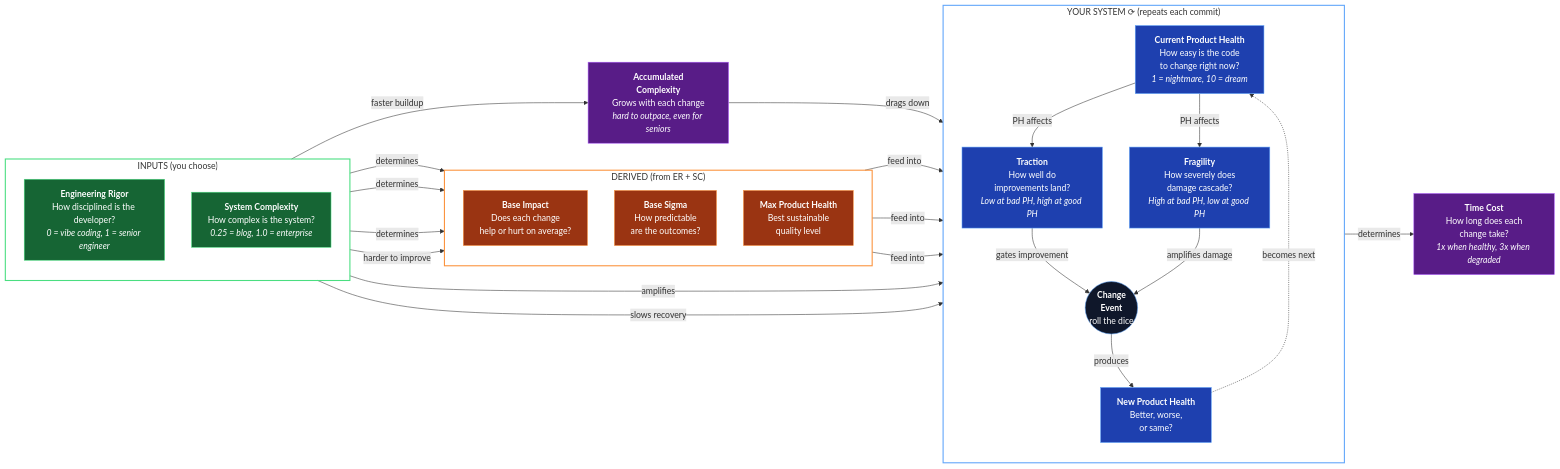
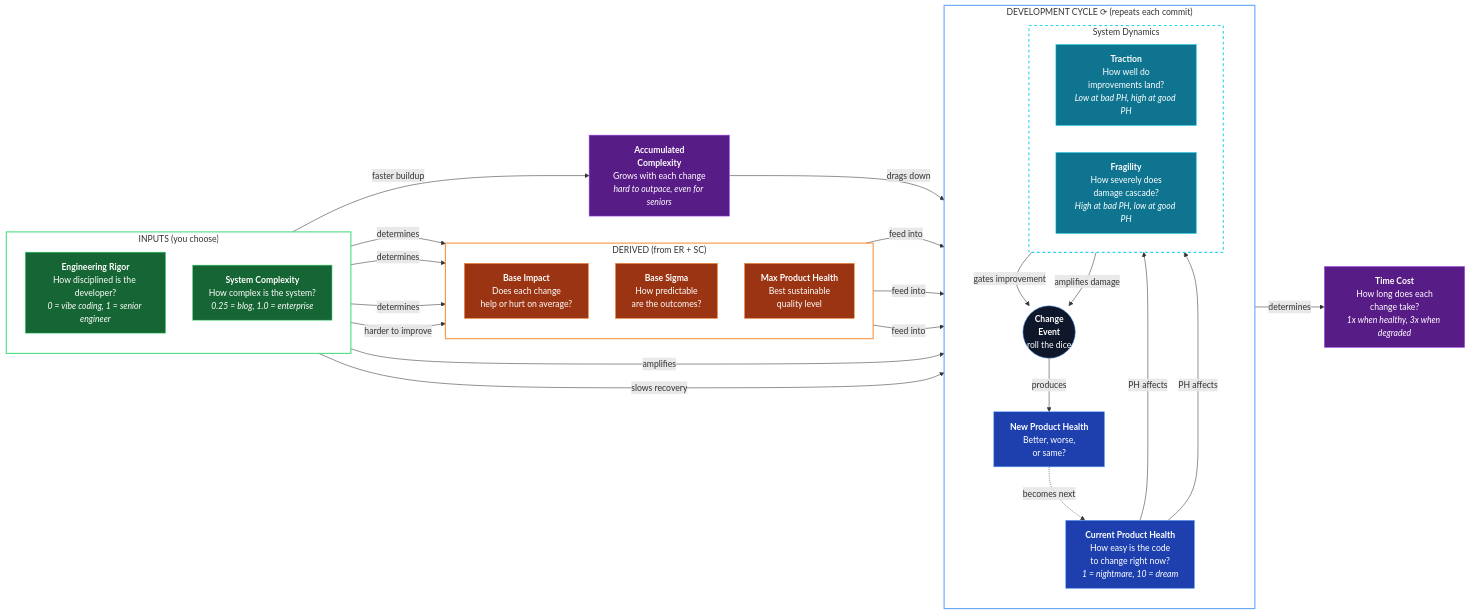
Before and after one commit to dawid-dahl-umain/product-health-dynamics: the diagram in README.md, drawn with Mermaid.

Commit message:
refactor: update README diagram

````diff
--- a/README.md
+++ b/README.md
@@ -68,58 +68,67 @@
 ```mermaid
 flowchart LR
     subgraph inputs ["INPUTS (you choose)"]
         direction TB
         ER["<b>Engineering Rigor</b><br/>How disciplined is the developer?<br/><i>0 = vibe coding, 1 = senior engineer</i>"]
         SC["<b>System Complexity</b><br/>How complex is the system?<br/><i>0.25 = blog, 1.0 = enterprise</i>"]
     end
 
     subgraph derived ["DERIVED (from ER + SC)"]
         direction TB
         BI["<b>Base Impact</b><br/>Does each change<br/>help or hurt on average?"]
         BS["<b>Base Sigma</b><br/>How predictable<br/>are the outcomes?"]
         MH["<b>Max Product Health</b><br/>Best sustainable<br/>quality level"]
     end
 
-    subgraph loop ["YOUR SYSTEM ⟳ (repeats each commit)"]
+    subgraph loop ["DEVELOPMENT CYCLE ⟳ (repeats each commit)"]
         direction TB
         PH["<b>Current Product Health</b><br/>How easy is the code<br/>to change right now?<br/><i>1 = nightmare, 10 = dream</i>"]
-        TR["<b>Traction</b><br/>How well do<br/>improvements land?<br/><i>Low at bad PH, high at good PH</i>"]
-        FR["<b>Fragility</b><br/>How severely does<br/>damage cascade?<br/><i>High at bad PH, low at good PH</i>"]
+
+        subgraph state ["System Dynamics"]
+            direction LR
+            TR["<b>Traction</b><br/>How well do<br/>improvements land?<br/><i>Low at bad PH, high at good PH</i>"]
+            FR["<b>Fragility</b><br/>How severely does<br/>damage cascade?<br/><i>High at bad PH, low at good PH</i>"]
+        end
+
         CE(("<b>Change</b><br/><b>Event</b><br/>roll the dice"))
         NPH["<b>New Product Health</b><br/>Better, worse,<br/>or same?"]
 
         PH -->|"PH affects"| TR & FR
         TR -->|"gates improvement"| CE
         FR -->|"amplifies damage"| CE
         CE -->|"produces"| NPH
         NPH -.->|"becomes next"| PH
     end
+
+    style state fill:none,stroke:#22d3ee,stroke-width:2px,stroke-dasharray: 5 5
 
     AC["<b>Accumulated</b><br/><b>Complexity</b><br/>Grows with each change<br/><i>hard to outpace, even for seniors</i>"]
     TC["<b>Time Cost</b><br/>How long does each<br/>change take?<br/><i>1x when healthy, 3x when degraded</i>"]
 
     ER -->|"determines"| BI & BS & MH
     SC -->|"harder to improve"| BI
     SC -->|"amplifies"| FR
     SC -->|"slows recovery"| TR
     SC -->|"faster buildup"| AC
     BI & BS & MH -->|"feed into"| CE
     AC -->|"drags down"| CE
     PH -->|"determines"| TC
 
     style inputs fill:none,stroke:#4ade80,stroke-width:2px
     style derived fill:none,stroke:#fb923c,stroke-width:2px
     style loop fill:none,stroke:#60a5fa,stroke-width:2px
 
     classDef inputNode fill:#166534,stroke:#4ade80,color:#fff
     classDef derivedNode fill:#9a3412,stroke:#fb923c,color:#fff
     classDef loopNode fill:#1e40af,stroke:#60a5fa,color:#fff
+    classDef stateNode fill:#0e7490,stroke:#22d3ee,color:#fff
     classDef timeNode fill:#581c87,stroke:#a855f7,color:#fff
     classDef eventNode fill:#0f172a,stroke:#60a5fa,color:#fff
 
     class ER,SC inputNode
     class BI,BS,MH derivedNode
-    class PH,TR,FR,NPH loopNode
+    class PH,NPH loopNode
+    class TR,FR stateNode
     class CE eventNode
     class AC,TC timeNode
 ```
````
